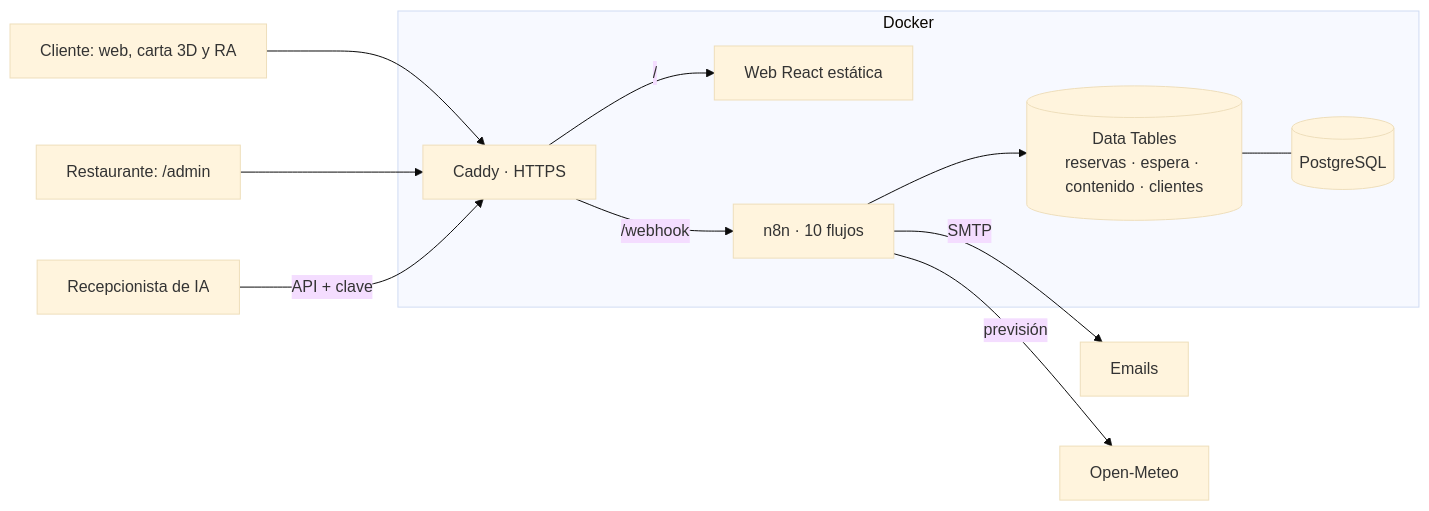
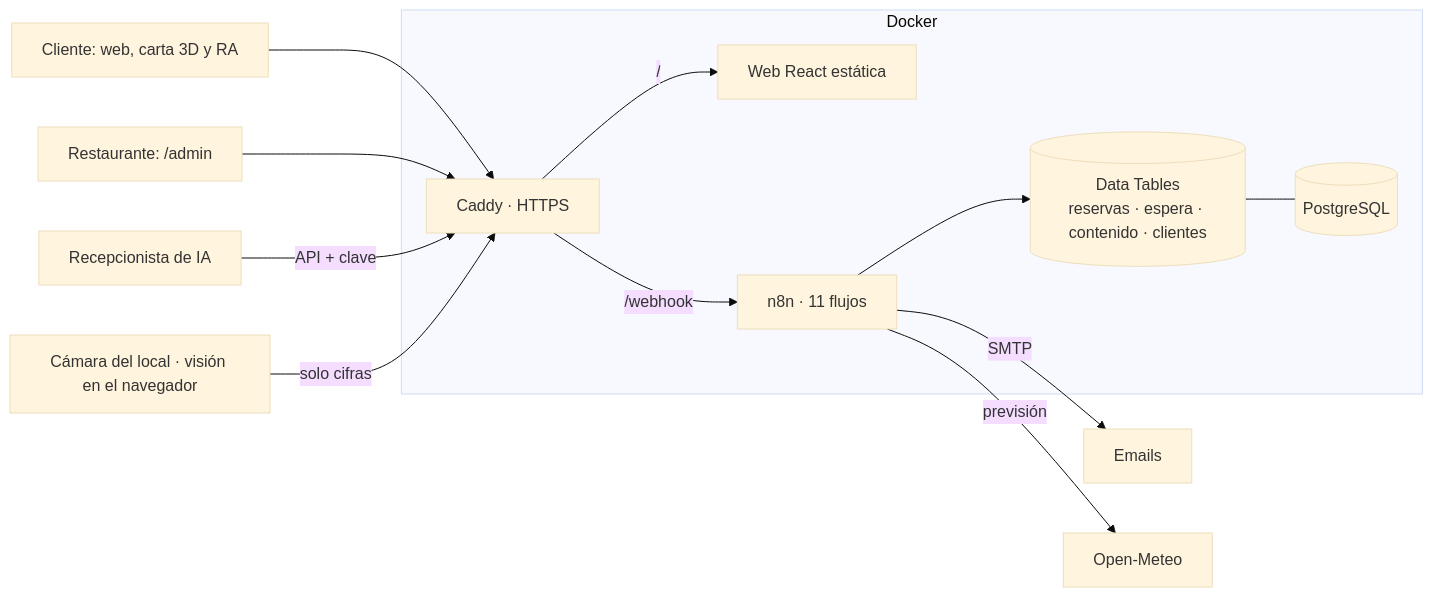
The diagram in README.md (hodeione/reservas-n8n), drawn with Mermaid (base theme) before and after one commit. The commit also changed other lines of this file and 47 other files, not shown here.

First line of the commit message:
Cámara del local: aforo, colas y mapa de calor con visión artificial en el navegador

````diff
--- a/README.md
+++ b/README.md
@@ -76,14 +94,15 @@
 ```mermaid
 flowchart LR
   C[Cliente: web, carta 3D y RA] --> CADDY
   A[Restaurante: /admin] --> CADDY
   IA[Recepcionista de IA] -->|API + clave| CADDY
+  CAM[Cámara del local · visión en el navegador] -->|solo cifras| CADDY
   subgraph Docker
     CADDY[Caddy · HTTPS] -->|/| WEB[Web React estática]
-    CADDY -->|/webhook| N8N[n8n · 10 flujos]
+    CADDY -->|/webhook| N8N[n8n · 11 flujos]
     N8N --> DT[(Data Tables<br/>reservas · espera · contenido · clientes)]
     DT --- PG[(PostgreSQL)]
   end
   N8N -->|SMTP| M[Emails]
   N8N -->|previsión| OM[Open-Meteo]
 ```
````
